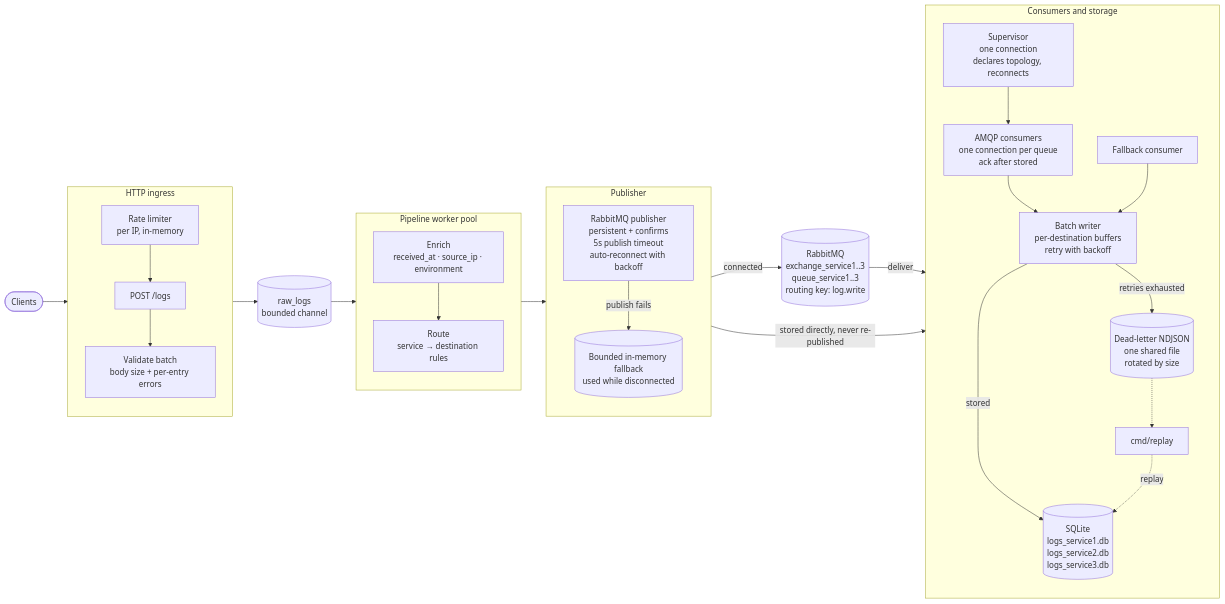
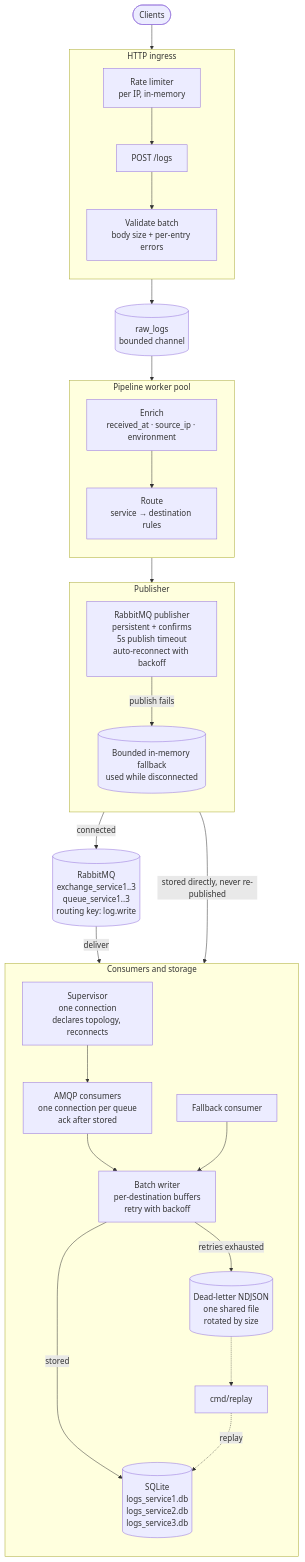
One commit to johneliud/log_ingestion_engine changed the diagram in README.md. Above: the diagram before and after it, drawn with Mermaid.

Commit message:
docs: switch the README architecture diagram to a top-to-bottom layout.

````diff
--- a/README.md
+++ b/README.md
@@ -11,52 +11,52 @@
 ```mermaid
-flowchart LR
+flowchart TB
     client(["Clients"])
 
     subgraph ingress["HTTP ingress"]
         direction TB
         rateLimit["Rate limiter<br/>per IP, in-memory"]
         logsEndpoint["POST /logs"]
         validate["Validate batch<br/>body size + per-entry errors"]
     end
 
     rawQueue[("raw_logs<br/>bounded channel")]
 
     subgraph processing["Pipeline worker pool"]
         direction TB
         enrich["Enrich<br/>received_at · source_ip · environment"]
         route["Route<br/>service → destination rules"]
     end
 
     subgraph publishing["Publisher"]
         direction TB
         rabbitPublisher["RabbitMQ publisher<br/>persistent + confirms<br/>5s publish timeout<br/>auto-reconnect with backoff"]
         fallback[("Bounded in-memory fallback<br/>used while disconnected")]
     end
 
     broker[("RabbitMQ<br/>exchange_service1..3<br/>queue_service1..3<br/>routing key: log.write")]
 
     subgraph delivery["Consumers and storage"]
         direction TB
         supervisor["Supervisor<br/>one connection<br/>declares topology, reconnects"]
         amqpConsumer["AMQP consumers<br/>one connection per queue<br/>ack after stored"]
         fallbackConsumer["Fallback consumer"]
         batchWriter["Batch writer<br/>per-destination buffers<br/>retry with backoff"]
         sqlite[("SQLite<br/>logs_service1.db<br/>logs_service2.db<br/>logs_service3.db")]
         deadLetters[("Dead-letter NDJSON<br/>one shared file<br/>rotated by size")]
         replay["cmd/replay"]
     end
 
     client --> rateLimit --> logsEndpoint --> validate --> rawQueue
     rawQueue --> enrich --> route --> rabbitPublisher
     rabbitPublisher -->|"connected"| broker
     rabbitPublisher -->|"publish fails"| fallback
     broker -->|"deliver"| supervisor
     supervisor --> amqpConsumer
     fallback -->|"stored directly, never re-published"| fallbackConsumer
     amqpConsumer --> batchWriter
     fallbackConsumer --> batchWriter
     batchWriter -->|"stored"| sqlite
     batchWriter -->|"retries exhausted"| deadLetters
     deadLetters -.-> replay
     replay -.->|"replay"| sqlite
 ```
````
